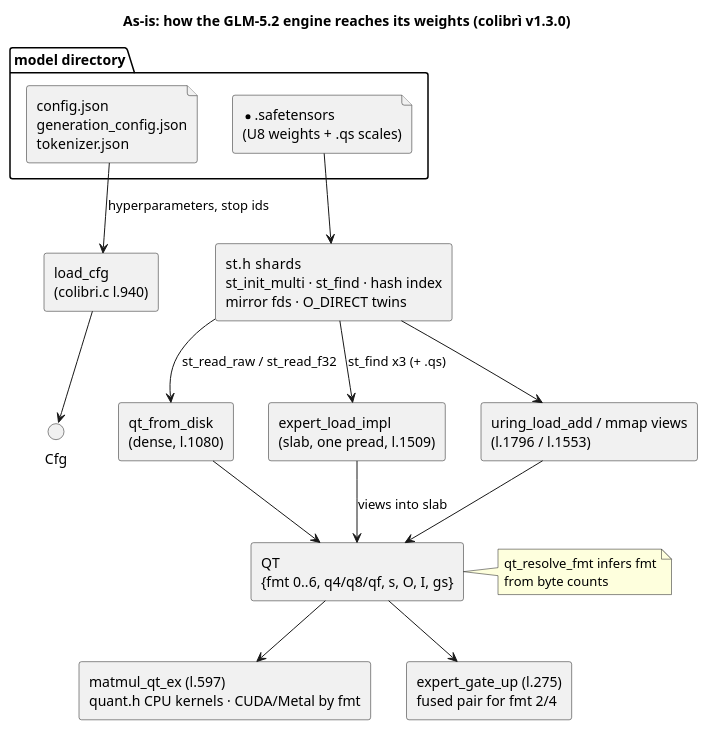
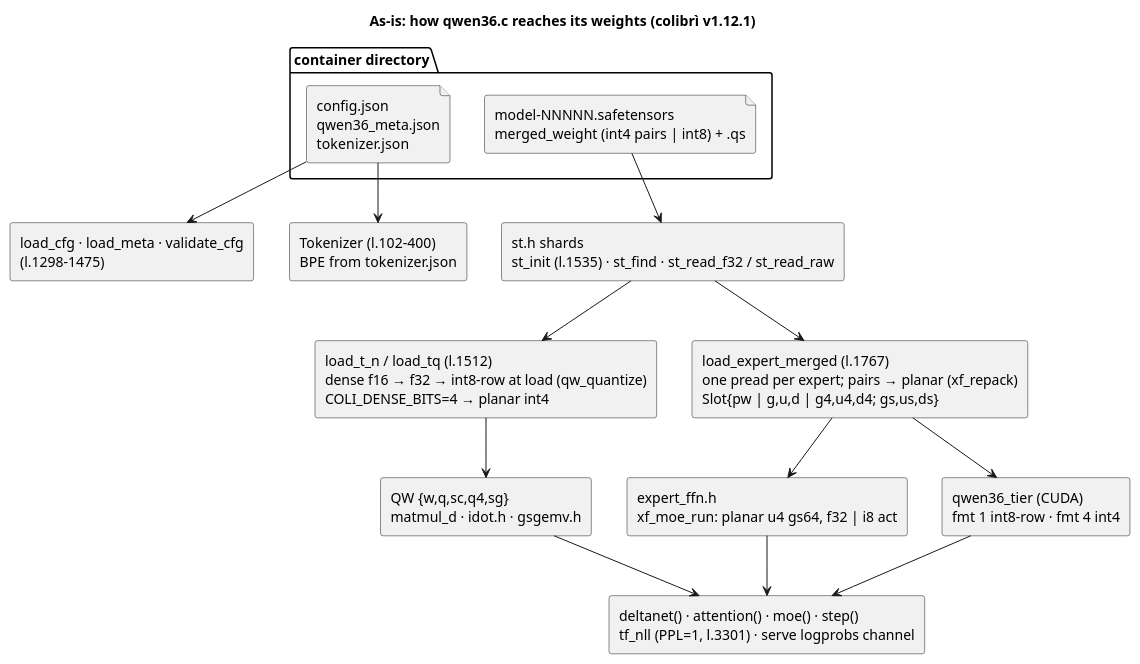
Before and after one commit to kreuzzelg/sylph: the first of 4 diagrams in 03_Architecture/gguf-architecture.md, drawn with PlantUML. The commit also changed other lines of this file and 10 other files, not shown here.

First line of the commit message:
docs: v2 specification and architecture for Qwen3.6 + Ollama equivalence

````diff
--- a/03_Architecture/gguf-architecture.md
+++ b/03_Architecture/gguf-architecture.md
@@ -22,30 +25,30 @@
 ```plantuml
 @startuml
-title As-is: how the GLM-5.2 engine reaches its weights (colibrì v1.3.0)
+title As-is: how qwen36.c reaches its weights (colibrì v1.12.1)
 skinparam componentStyle rectangle
-folder "model directory" as dir {
-  file "config.json\ngeneration_config.json\ntokenizer.json" as json
-  file "*.safetensors\n(U8 weights + .qs scales)" as st
+folder "container directory" as dir {
+  file "config.json\nqwen36_meta.json\ntokenizer.json" as json
+  file "model-NNNNN.safetensors\nmerged_weight (int4 pairs | int8) + .qs" as st
 }
-component "load_cfg\n(colibri.c l.940)" as cfg
-component "st.h  shards\nst_init_multi · st_find · hash index\nmirror fds · O_DIRECT twins" as sth
-component "qt_from_disk\n(dense, l.1080)" as qfd
-component "expert_load_impl\n(slab, one pread, l.1509)" as eli
-component "uring_load_add / mmap views\n(l.1796 / l.1553)" as ur
-component "QT\n{fmt 0..6, q4/q8/qf, s, O, I, gs}" as qt
-component "matmul_qt_ex (l.597)\nquant.h CPU kernels · CUDA/Metal by fmt" as mm
-component "expert_gate_up (l.275)\nfused pair for fmt 2/4" as egu
-json --> cfg : hyperparameters, stop ids
-cfg --> "Cfg"
+component "load_cfg · load_meta · validate_cfg\n(l.1298–1475)" as cfg
+component "st.h shards\nst_init (l.1535) · st_find · st_read_f32 / st_read_raw" as sth
+component "load_t_n / load_tq (l.1512)\ndense f16 → f32 → int8-row at load (qw_quantize)\nCOLI_DENSE_BITS=4 → planar int4" as dense
+component "load_expert_merged (l.1767)\none pread per expert; pairs → planar (xf_repack)\nSlot{pw | g,u,d | g4,u4,d4; gs,us,ds}" as exp
+component "Tokenizer (l.102–400)\nBPE from tokenizer.json" as tok
+component "QW {w,q,sc,q4,sg}\nmatmul_d · idot.h · gsgemv.h" as qw
+component "expert_ffn.h\nxf_moe_run: planar u4 gs64, f32 | i8 act" as xf
+component "qwen36_tier (CUDA)\nfmt 1 int8-row · fmt 4 int4" as tier
+component "deltanet() · attention() · moe() · step()\ntf_nll (PPL=1, l.3301) · serve logprobs channel" as fwd
+json --> cfg
+json --> tok
 st --> sth
-sth --> qfd : st_read_raw / st_read_f32
-sth --> eli : st_find x3 (+ .qs)
-sth --> ur
-qfd --> qt
-eli --> qt : views into slab
-ur --> qt
-note right of qt : qt_resolve_fmt infers fmt\nfrom byte counts
-qt --> mm
-qt --> egu
+sth --> dense
+sth --> exp
+dense --> qw
+exp --> xf
+exp --> tier
+qw --> fwd
+xf --> fwd
+tier --> fwd
 @enduml
 ```
````
